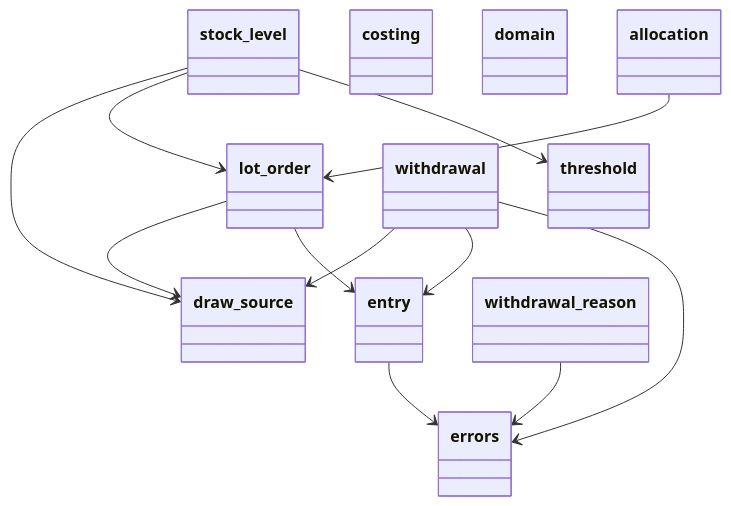
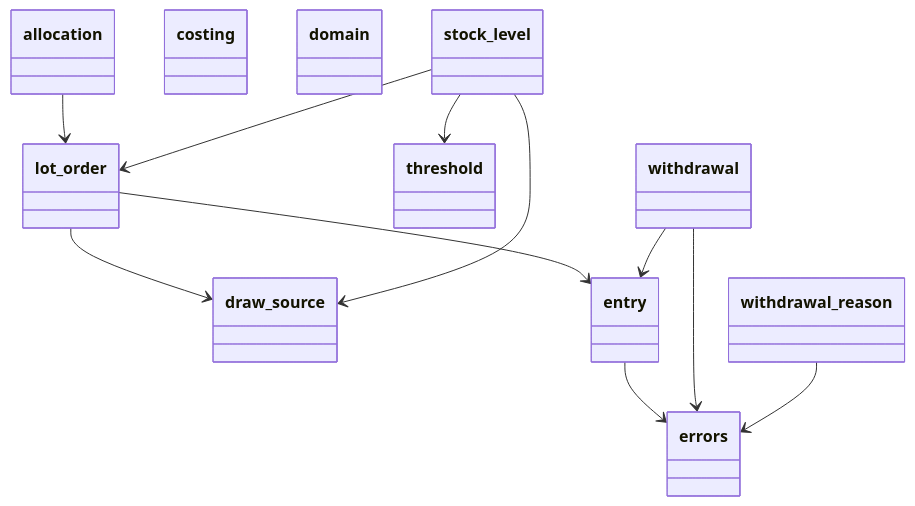
Before and after one commit to GonzaloZevallos/apostrophe: the first of 6 diagrams in docs/architecture/generated/classes/stock.md, drawn with Mermaid. The commit also changed other lines of this file and 4 other files, not shown here.

Commit message:
Regenerate the API and architecture docs for the reason link

````diff
--- a/docs/architecture/generated/classes/stock.md
+++ b/docs/architecture/generated/classes/stock.md
@@ -11,36 +11,35 @@
 ```mermaid
 classDiagram
   class allocation {
   }
   class costing {
   }
   class domain {
   }
   class draw_source {
   }
   class entry {
   }
   class errors {
   }
   class lot_order {
   }
   class stock_level {
   }
   class threshold {
   }
   class withdrawal {
   }
   class withdrawal_reason {
   }
   allocation --> lot_order
   entry --> errors
   lot_order --> draw_source
   lot_order --> entry
   stock_level --> draw_source
   stock_level --> lot_order
   stock_level --> threshold
-  withdrawal --> draw_source
   withdrawal --> entry
   withdrawal --> errors
   withdrawal_reason --> errors
 ```
````
